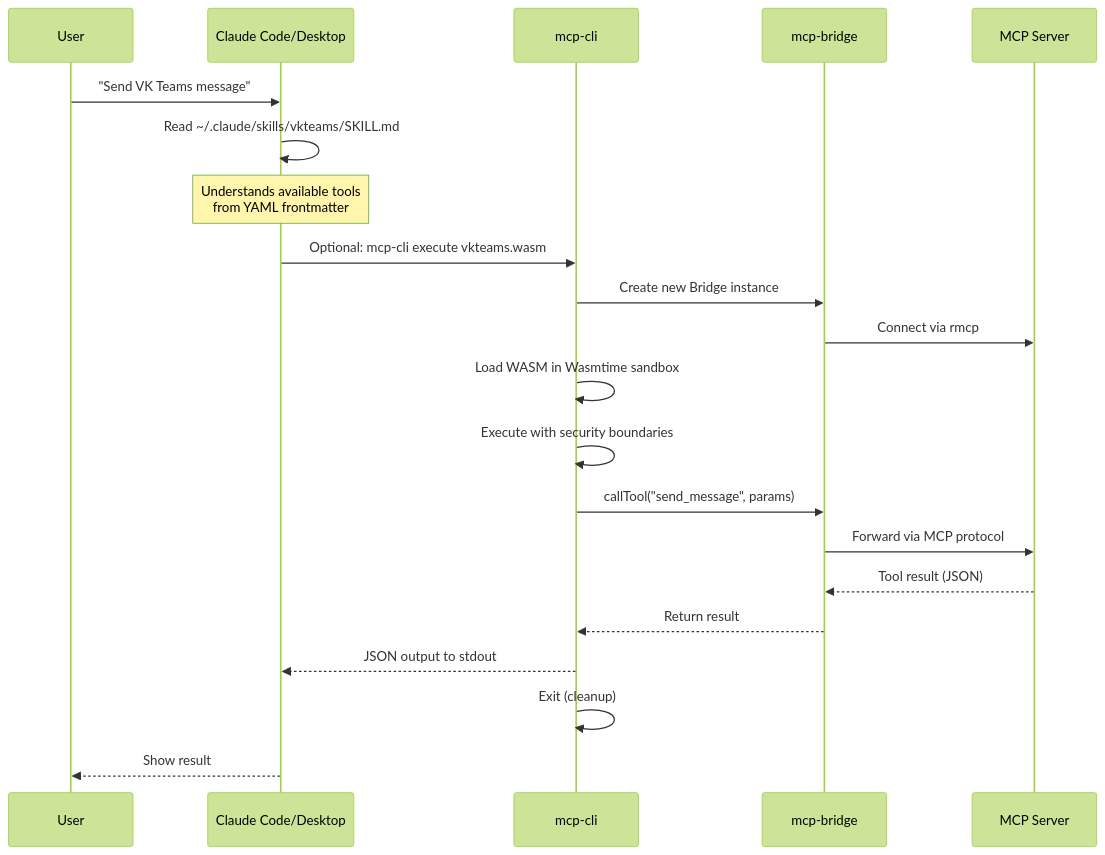
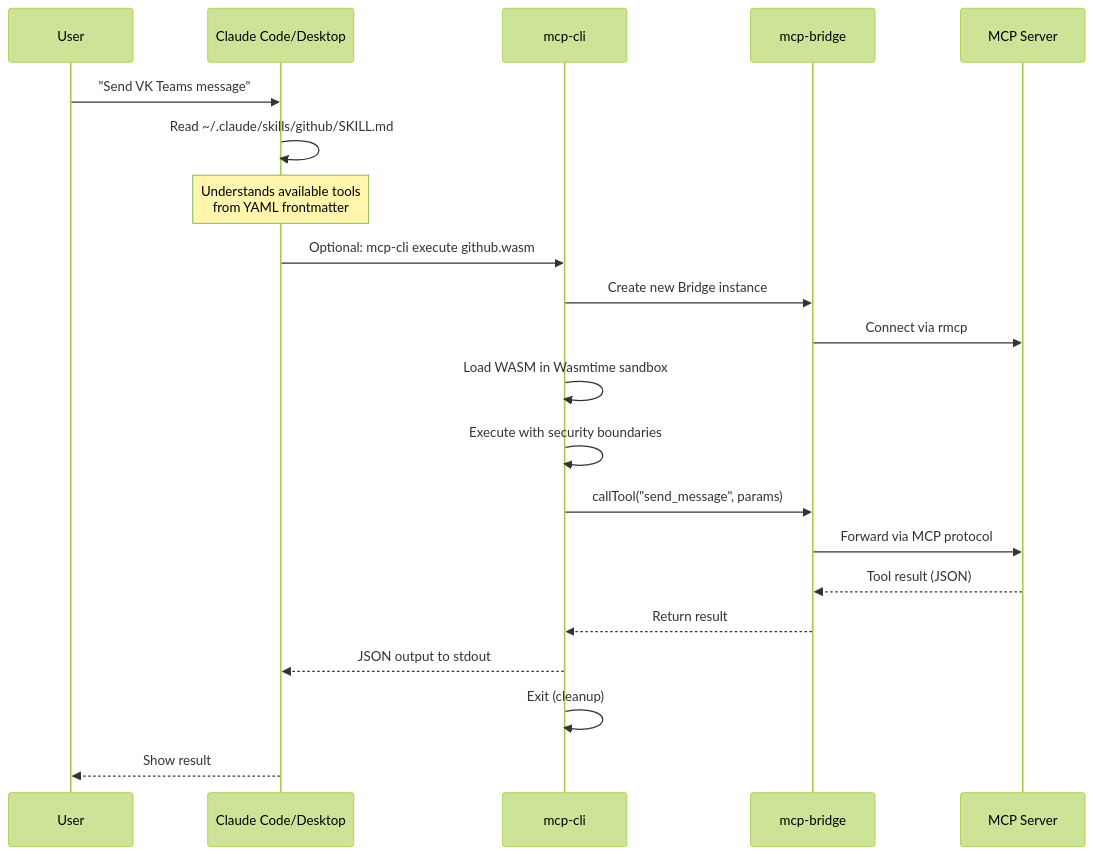
The second of 5 diagrams in docs/ARCHITECTURE.md (bug-ops/mcp-execution), drawn with Mermaid (forest theme) before and after one commit. The commit also changed other lines of this file and 50 other files, not shown here.

````diff
--- a/docs/ARCHITECTURE.md
+++ b/docs/ARCHITECTURE.md
@@ -373,24 +373,24 @@
 ```mermaid
 sequenceDiagram
     participant User
     participant Claude as Claude Code/Desktop
     participant CLI as mcp-cli
     participant Bridge as mcp-bridge
     participant MCP as MCP Server
 
     User->>Claude: "Send VK Teams message"
-    Claude->>Claude: Read ~/.claude/skills/vkteams/SKILL.md
+    Claude->>Claude: Read ~/.claude/skills/github/SKILL.md
     Note over Claude: Understands available tools<br/>from YAML frontmatter
-    Claude->>CLI: Optional: mcp-cli execute vkteams.wasm
+    Claude->>CLI: Optional: mcp-cli execute github.wasm
     CLI->>Bridge: Create new Bridge instance
     Bridge->>MCP: Connect via rmcp
     CLI->>CLI: Load WASM in Wasmtime sandbox
     CLI->>CLI: Execute with security boundaries
     CLI->>Bridge: callTool("send_message", params)
     Bridge->>MCP: Forward via MCP protocol
     MCP-->>Bridge: Tool result (JSON)
     Bridge-->>CLI: Return result
     CLI-->>Claude: JSON output to stdout
     CLI->>CLI: Exit (cleanup)
     Claude-->>User: Show result
 ```
````
